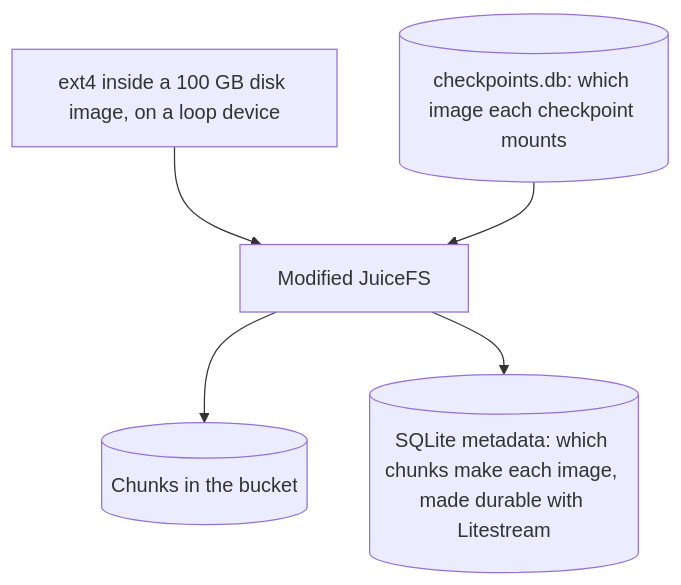
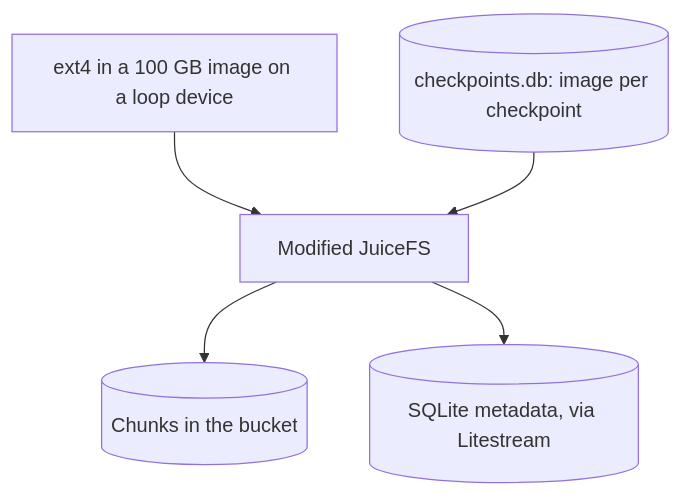
One commit to nayan9229/hastcode changed the second of 2 diagrams in content/explainers/infrastructure-cloud/fly-io-sbd.md. Above: the diagram before and after it, drawn with Mermaid. The commit also changed other lines of this file and 21 other files, not shown here.

````diff
--- a/content/explainers/infrastructure-cloud/fly-io-sbd.md
+++ b/content/explainers/infrastructure-cloud/fly-io-sbd.md
@@ -67,8 +67,8 @@
 ```mermaid
 %% title: The launch stack's three records (redrawn from Fly.io's description)
 flowchart TD
-  Ext4["ext4 inside a 100 GB disk image, on a loop device"] --> JFS["Modified JuiceFS"]
+  Ext4["ext4 in a 100 GB image on a loop device"] --> JFS["Modified JuiceFS"]
   JFS --> Chunks[("Chunks in the bucket")]
-  JFS --> Meta[("SQLite metadata: which chunks make each image, made durable with Litestream")]
-  Ckpt[("checkpoints.db: which image each checkpoint mounts")] --> JFS
+  JFS --> Meta[("SQLite metadata, via Litestream")]
+  Ckpt[("checkpoints.db: image per checkpoint")] --> JFS
 ```
````
